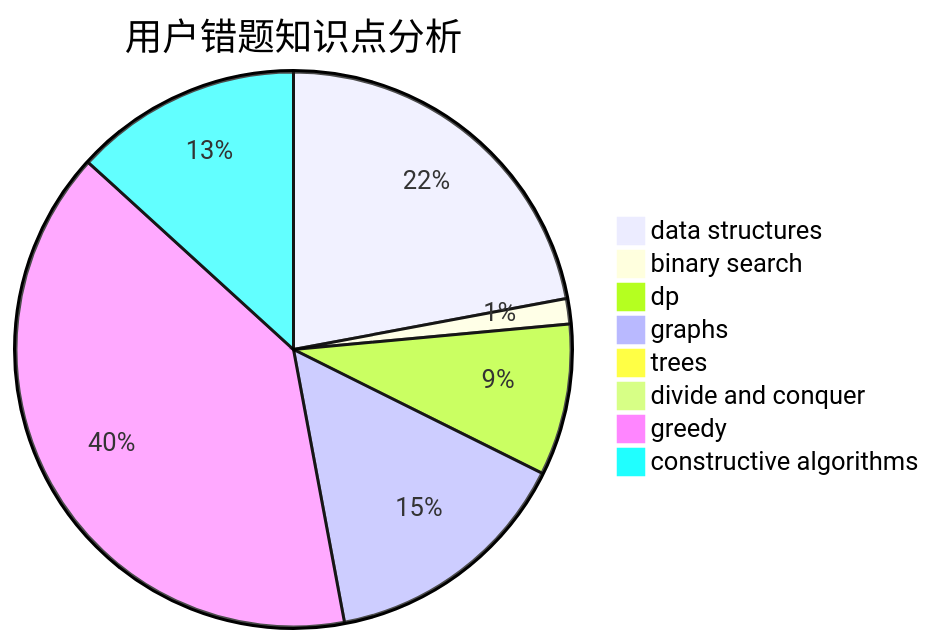
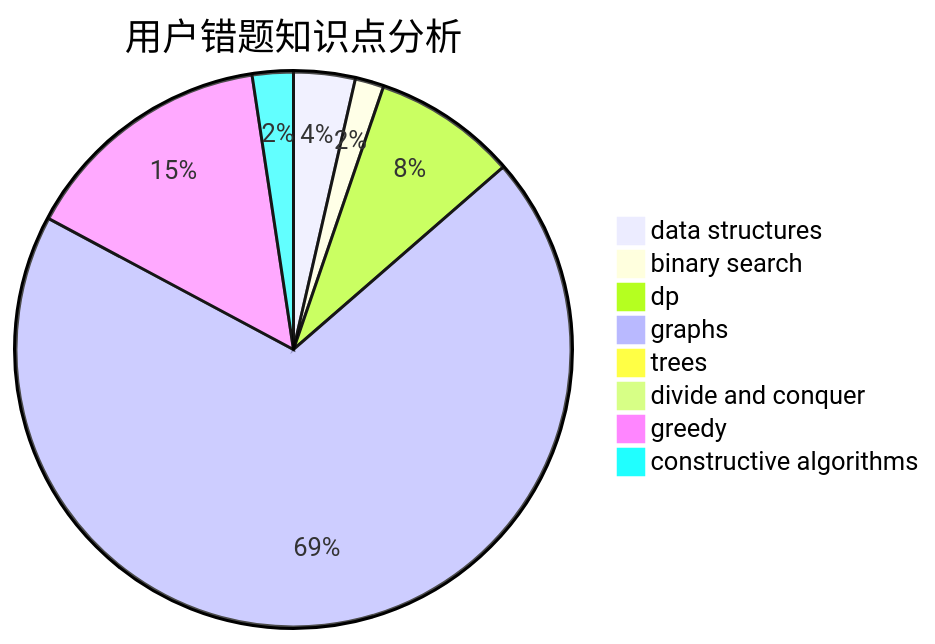
Before and after one commit to sherpahu/cfrs.github.io: the third of 3 diagrams in docs/user/u2613.md, drawn with Mermaid. The commit also changed other lines of this file and 2770 other files, not shown here.

````diff
--- a/docs/user/u2613.md
+++ b/docs/user/u2613.md
@@ -36,11 +36,11 @@
 ```mermaid
 pie title 用户错题知识点分析
     "data structures" :  15
-    "binary search" :  1
-    "dp" :  6
-    "graphs" :  10
+    "binary search" :  7
+    "dp" :  35
+    "graphs" :  290
     "trees" :  0
     "divide and conquer" :  0
-    "greedy" :  27
-    "constructive algorithms" :  9
+    "greedy" :  62
+    "constructive algorithms" :  10
 ```
````
